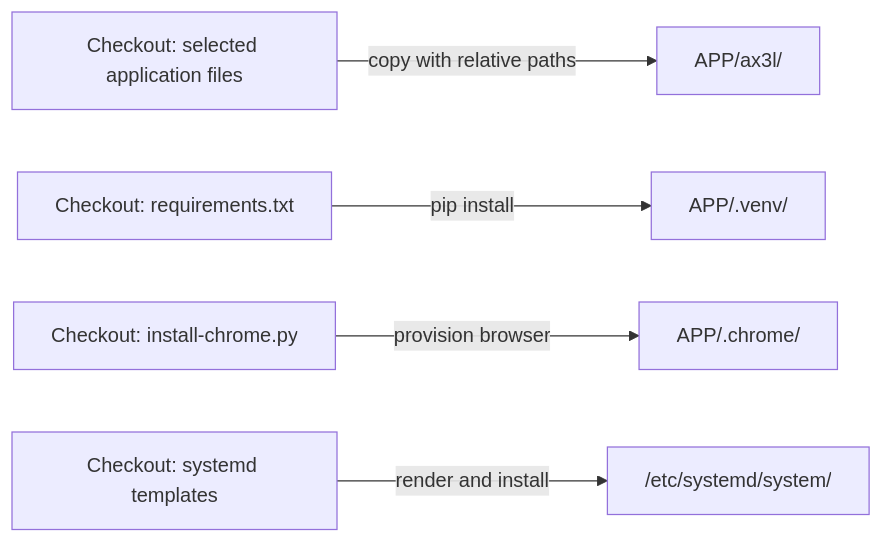
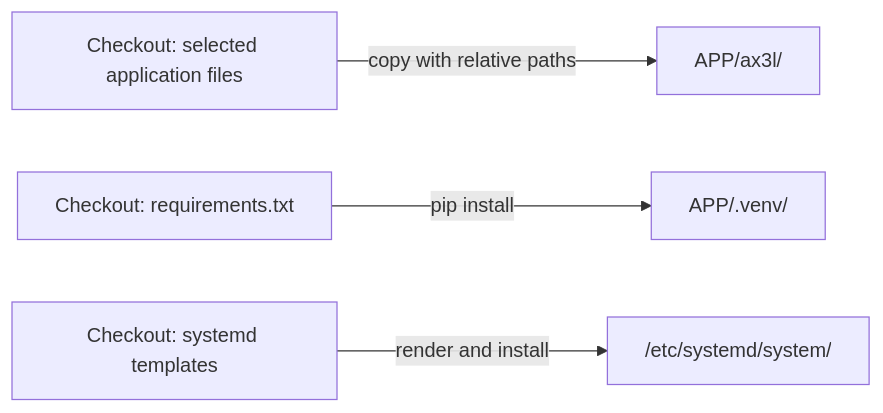
The diagram in bmforge-docs/implementation/uc-01-deploy-ax3l-software.md (NadimGhaznavi/ax3l), drawn with Mermaid before and after one commit. The commit also changed other lines of this file and 11 other files, not shown here.

````diff
--- a/bmforge-docs/implementation/uc-01-deploy-ax3l-software.md
+++ b/bmforge-docs/implementation/uc-01-deploy-ax3l-software.md
@@ -55,7 +56,6 @@
 ```mermaid
 flowchart LR
     application["Checkout: selected application files"] -->|copy with relative paths| modules["APP/ax3l/"]
     requirements["Checkout: requirements.txt"] -->|pip install| runtime["APP/.venv/"]
-    browser["Checkout: install-chrome.py"] -->|provision browser| chrome["APP/.chrome/"]
     templates["Checkout: systemd templates"] -->|render and install| units["/etc/systemd/system/"]
 ```
````
